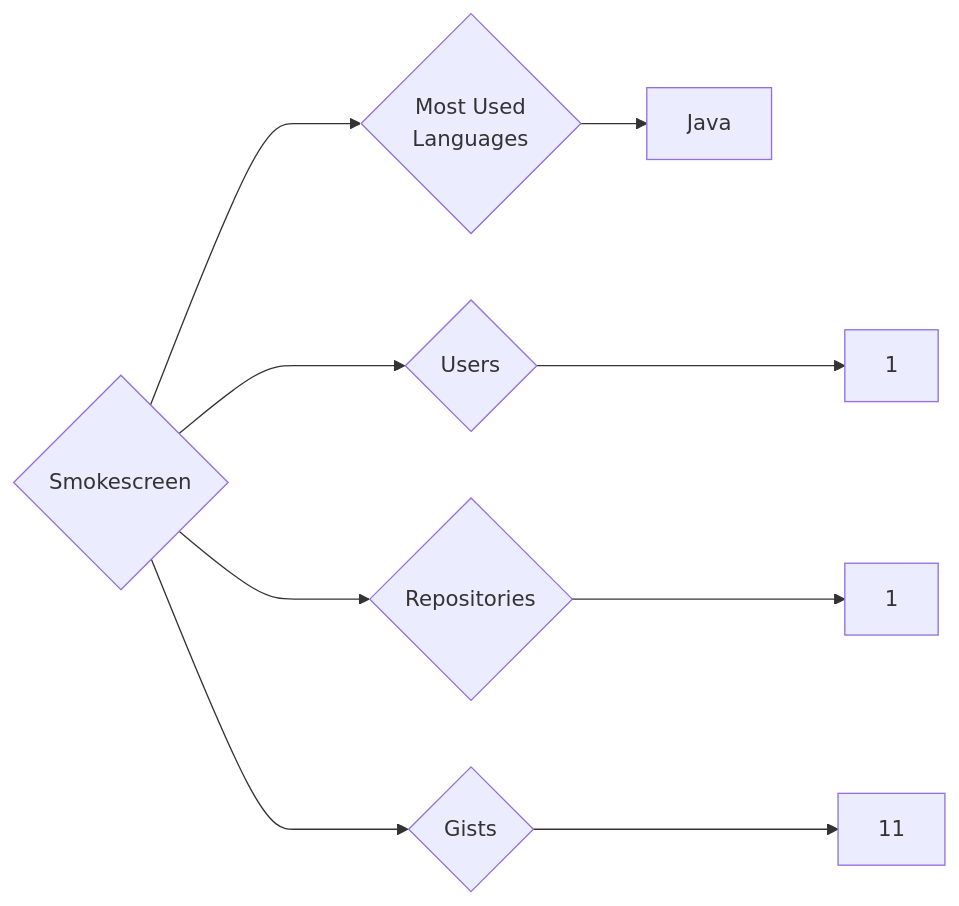
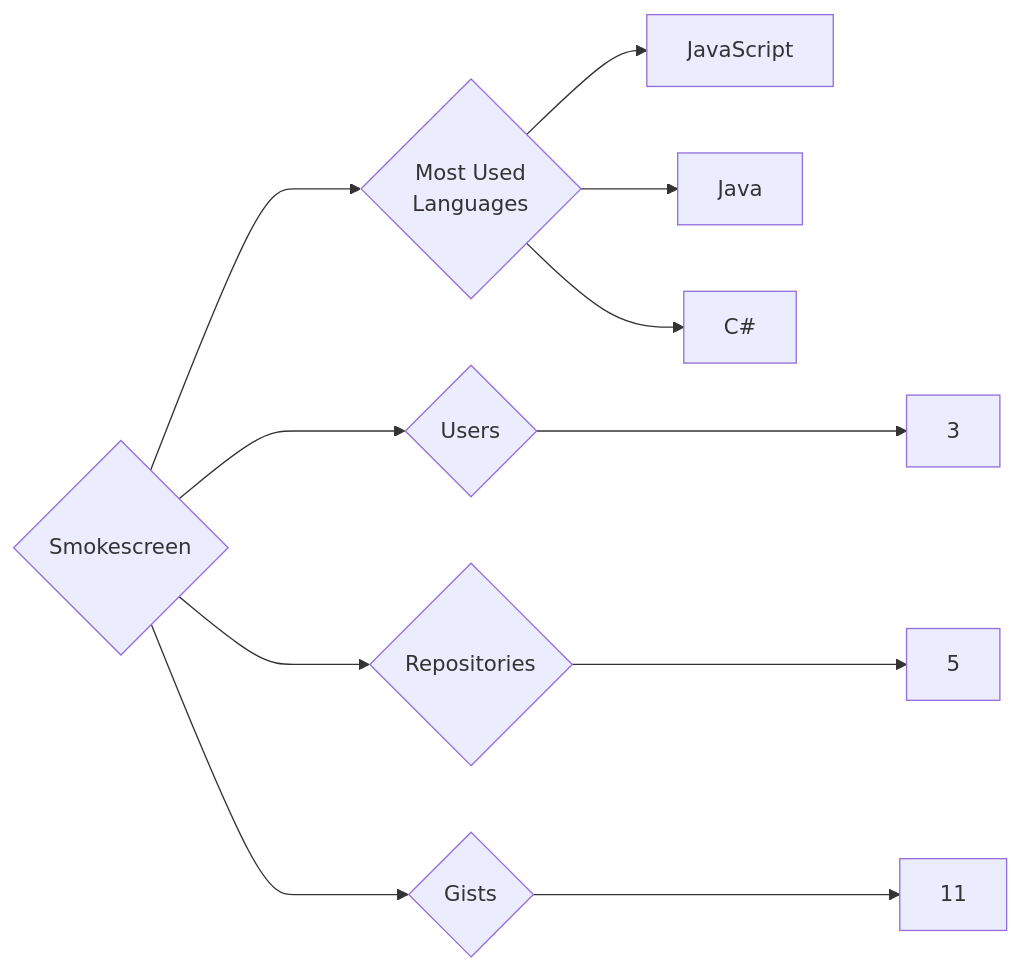
Before and after one commit to trickest/insiders: the diagram in targets/Smokescreen/README.md, drawn with Mermaid. The commit also changed 823 other files, not shown here.

````diff
--- a/targets/Smokescreen/README.md
+++ b/targets/Smokescreen/README.md
@@ -3,9 +3,11 @@
 ```mermaid
 graph LR
 COMPANY_NAME{Smokescreen}
-COMPANY_NAME ---> U{Users} ---> UN[1]
-COMPANY_NAME ---> R{Repositories} ---> RN[1]
+COMPANY_NAME ---> U{Users} ---> UN[3]
+COMPANY_NAME ---> R{Repositories} ---> RN[5]
 COMPANY_NAME ---> G{Gists} ---> GN[11]
 COMPANY_NAME ---> ML{Most Used<br>Languages}
+ML --> JavaScript[JavaScript]
 ML --> Java[Java]
+ML --> C#[C#]
 ```
````
